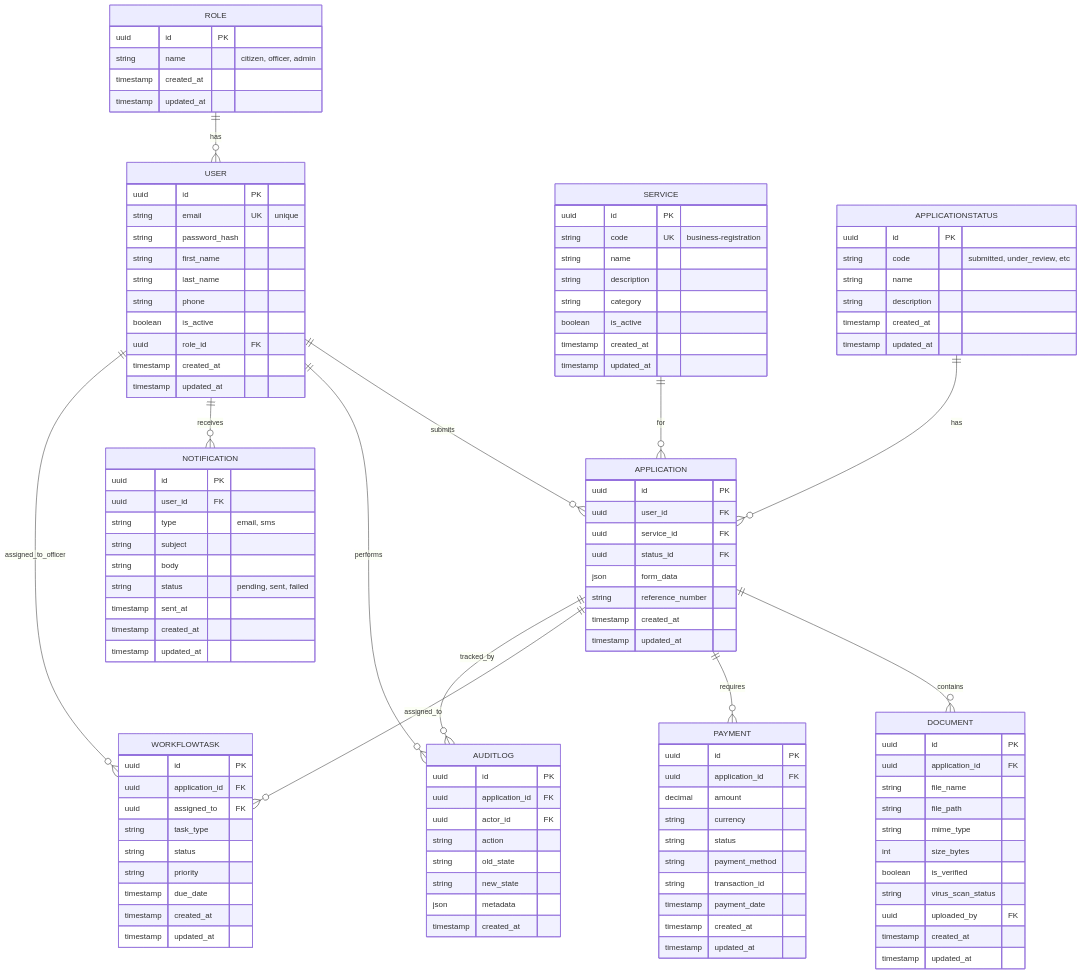
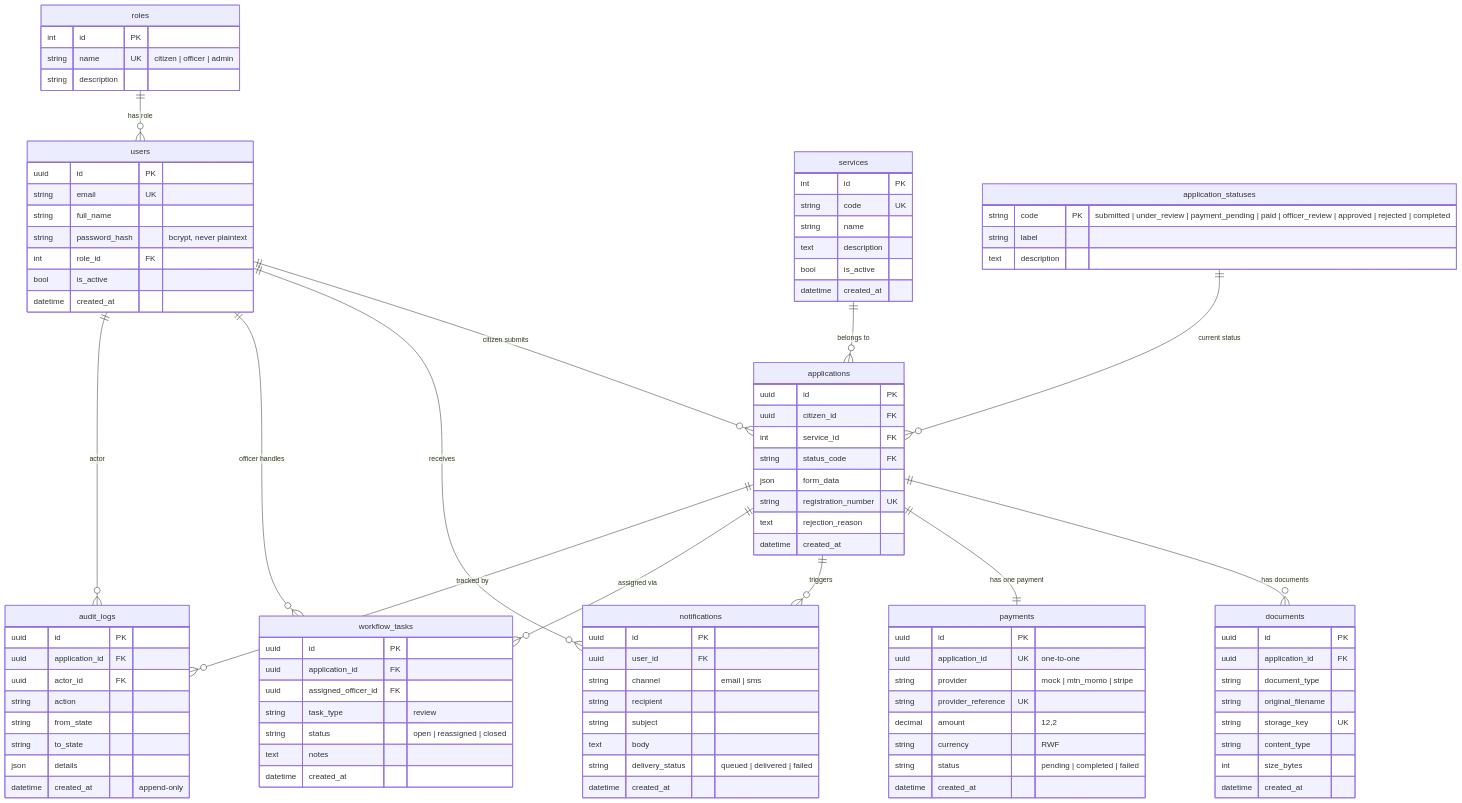
One commit to Archie-ctr/Internship-project changed the fifth of 9 diagrams in docs/ARCHITECTURE-DIAGRAMS.md. Above: the diagram before and after it, drawn with Mermaid. The commit also changed other lines of this file, not shown here.

First line of the commit message:
docs: add system architecture and data flow diagrams

````diff
--- a/docs/ARCHITECTURE-DIAGRAMS.md
+++ b/docs/ARCHITECTURE-DIAGRAMS.md
@@ -206,127 +225,111 @@
 ```mermaid
 erDiagram
-    ROLE ||--o{ USER : has
-    USER ||--o{ APPLICATION : submits
-    USER ||--o{ AUDITLOG : performs
-    SERVICE ||--o{ APPLICATION : for
-    APPLICATIONSTATUS ||--o{ APPLICATION : has
-    APPLICATION ||--o{ DOCUMENT : contains
-    APPLICATION ||--o{ PAYMENT : requires
-    APPLICATION ||--o{ WORKFLOWTASK : assigned_to
-    APPLICATION ||--o{ AUDITLOG : tracked_by
-    USER ||--o{ NOTIFICATION : receives
-    USER ||--o{ WORKFLOWTASK : assigned_to_officer
-    
-    ROLE {
+    roles {
+        int id PK
+        string name UK "citizen | officer | admin"
+        string description
+    }
+
+    users {
         uuid id PK
-        string name "citizen, officer, admin"
-        timestamp created_at
-        timestamp updated_at
+        string email UK
+        string full_name
+        string password_hash "bcrypt, never plaintext"
+        int role_id FK
+        bool is_active
+        datetime created_at
     }
-    
-    USER {
+
+    services {
+        int id PK
+        string code UK
+        string name
+        text description
+        bool is_active
+        datetime created_at
+    }
+
+    application_statuses {
+        string code PK "submitted | under_review | payment_pending | paid | officer_review | approved | rejected | completed"
+        string label
+        text description
+    }
+
+    applications {
         uuid id PK
-        string email UK "unique"
-        string password_hash
-        string first_name
-        string last_name
-        string phone
-        boolean is_active
-        uuid role_id FK
-        timestamp created_at
-        timestamp updated_at
+        uuid citizen_id FK
+        int service_id FK
+        string status_code FK
+        json form_data
+        string registration_number UK
+        text rejection_reason
+        datetime created_at
     }
-    
-    SERVICE {
+
+    documents {
         uuid id PK
-        string code UK "business-registration"
-        string name
-        string description
-        string category
-        boolean is_active
-        timestamp created_at
-        timestamp updated_at
+        uuid application_id FK
+        string document_type
+        string original_filename
+        string storage_key UK
+        string content_type
+        int size_bytes
+        datetime created_at
     }
-    
-    APPLICATIONSTATUS {
+
+    payments {
         uuid id PK
-        string code "submitted, under_review, etc"
-        string name
-        string description
-        timestamp created_at
-        timestamp updated_at
+        uuid application_id UK "one-to-one"
+        string provider "mock | mtn_momo | stripe"
+        string provider_reference UK
+        decimal amount "12,2"
+        string currency "RWF"
+        string status "pending | completed | failed"
+        datetime created_at
     }
-    
-    APPLICATION {
+
+    notifications {
         uuid id PK
         uuid user_id FK
-        uuid service_id FK
-        uuid status_id FK
-        json form_data
-        string reference_number
-        timestamp created_at
-        timestamp updated_at
+        string channel "email | sms"
+        string recipient
+        string subject
+        text body
+        string delivery_status "queued | delivered | failed"
+        datetime created_at
     }
-    
-    DOCUMENT {
+
+    workflow_tasks {
         uuid id PK
         uuid application_id FK
-        string file_name
-        string file_path
-        string mime_type
-        int size_bytes
-        boolean is_verified
-        string virus_scan_status
-        uuid uploaded_by FK
-        timestamp created_at
-        timestamp updated_at
+        uuid assigned_officer_id FK
+        string task_type "review"
+        string status "open | reassigned | closed"
+        text notes
+        datetime created_at
     }
-    
-    PAYMENT {
-        uuid id PK
-        uuid application_id FK
-        decimal amount
-        string currency
-        string status
-        string payment_method
-        string transaction_id
-        timestamp payment_date
-        timestamp created_at
-        timestamp updated_at
-    }
-    
-    WORKFLOWTASK {
-        uuid id PK
-        uuid application_id FK
-        uuid assigned_to FK
-        string task_type
-        string status
-        string priority
-        timestamp due_date
-        timestamp created_at
-        timestamp updated_at
-    }
-    
-    AUDITLOG {
+
+    audit_logs {
         uuid id PK
         uuid application_id FK
         uuid actor_id FK
         string action
-        string old_state
-        string new_state
-        json metadata
-        timestamp created_at
+        string from_state
+        string to_state
+        json details
+        datetime created_at "append-only"
     }
-    
-    NOTIFICATION {
-        uuid id PK
-        uuid user_id FK
-        string type "email, sms"
-        string subject
-        string body
-        string status "pending, sent, failed"
-        timestamp sent_at
-        timestamp created_at
-        timestamp updated_at
-    }
+
+    roles            ||--o{ users               : "has role"
+    users            ||--o{ applications         : "citizen submits"
+    services         ||--o{ applications         : "belongs to"
+    application_statuses ||--o{ applications     : "current status"
+    applications     ||--o{ documents            : "has documents"
+    applications     ||--|| payments             : "has one payment"
+    applications     ||--o{ notifications        : "triggers"
+    users            ||--o{ notifications        : "receives"
+    applications     ||--o{ workflow_tasks       : "assigned via"
+    users            ||--o{ workflow_tasks       : "officer handles"
+    applications     ||--o{ audit_logs           : "tracked by"
+    users            ||--o{ audit_logs           : "actor"
 ```
````
